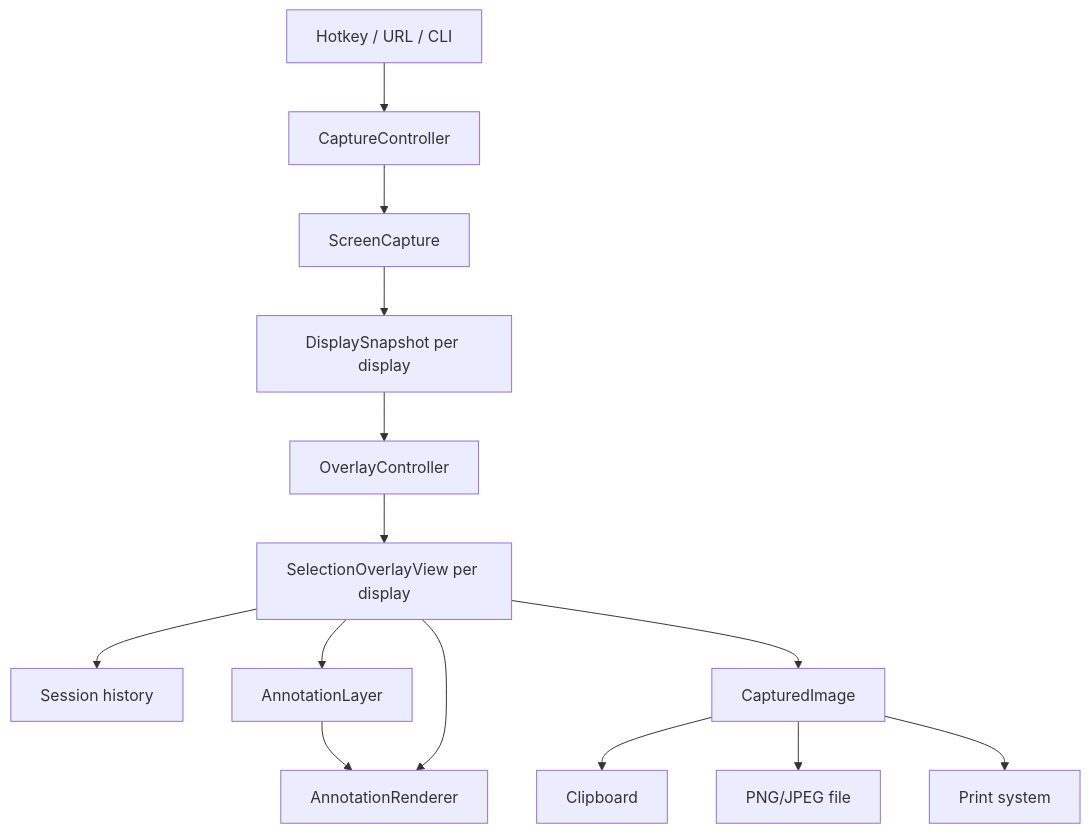
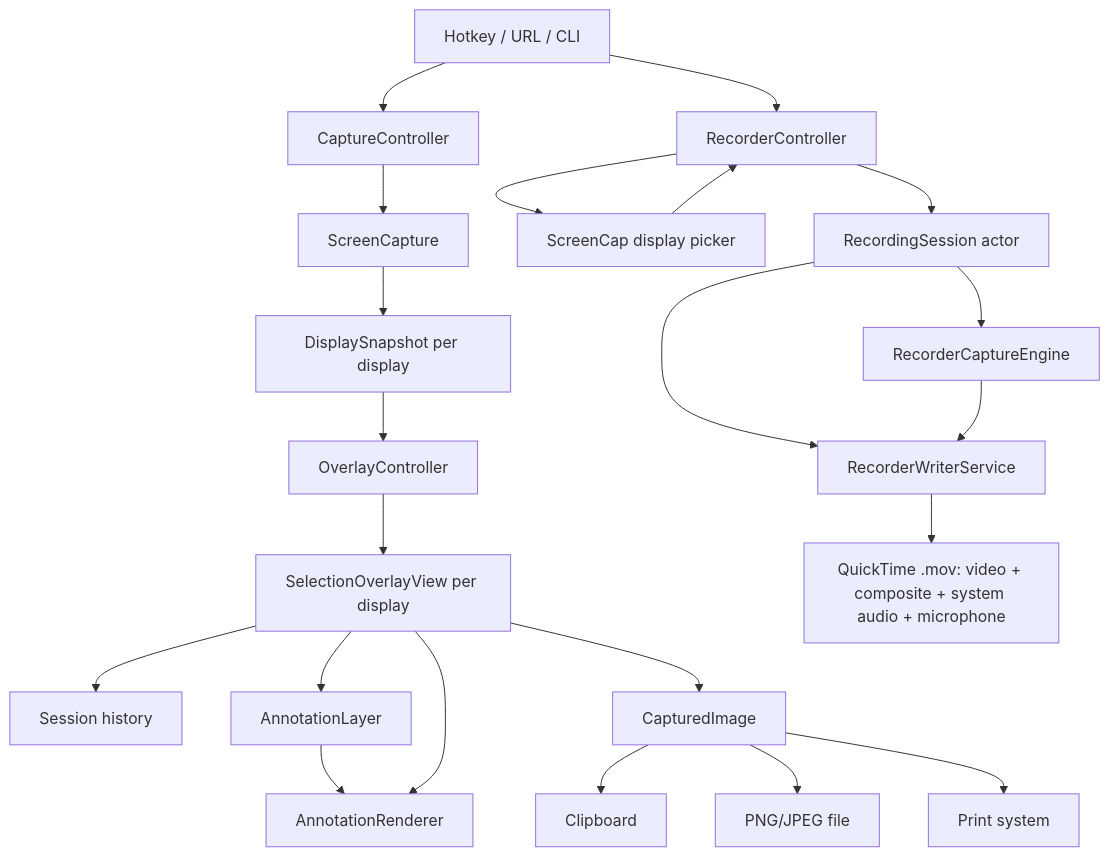
One commit to vertusdesign/ScreenCap changed the first of 2 diagrams in ARCHITECTURE.md. Above: the diagram before and after it, drawn with Mermaid. The commit also changed other lines of this file and 68 other files, not shown here.

Commit message:
Release ScreenCap 2.0.0

````diff
--- a/ARCHITECTURE.md
+++ b/ARCHITECTURE.md
@@ -45,16 +59,24 @@
 ```mermaid
 flowchart TD
     Entry[Hotkey / URL / CLI] --> Controller[CaptureController]
     Controller --> Capture[ScreenCapture]
     Capture --> Snapshots[DisplaySnapshot per display]
     Snapshots --> Overlay[OverlayController]
     Overlay --> View[SelectionOverlayView per display]
     View --> History[Session history]
     View --> Layer[AnnotationLayer]
     Layer --> Renderer[AnnotationRenderer]
     View --> Renderer
     View --> Output[CapturedImage]
     Output --> Clipboard[Clipboard]
     Output --> Disk[PNG/JPEG file]
     Output --> Print[Print system]
+    Entry --> Recorder[RecorderController]
+    Recorder --> Picker[ScreenCap display picker]
+    Picker --> Recorder
+    Recorder --> Session[RecordingSession actor]
+    Session --> Stream[RecorderCaptureEngine]
+    Session --> Writer[RecorderWriterService]
+    Stream --> Writer
+    Writer --> Movie[QuickTime .mov: video + composite + system audio + microphone]
 ```
````
